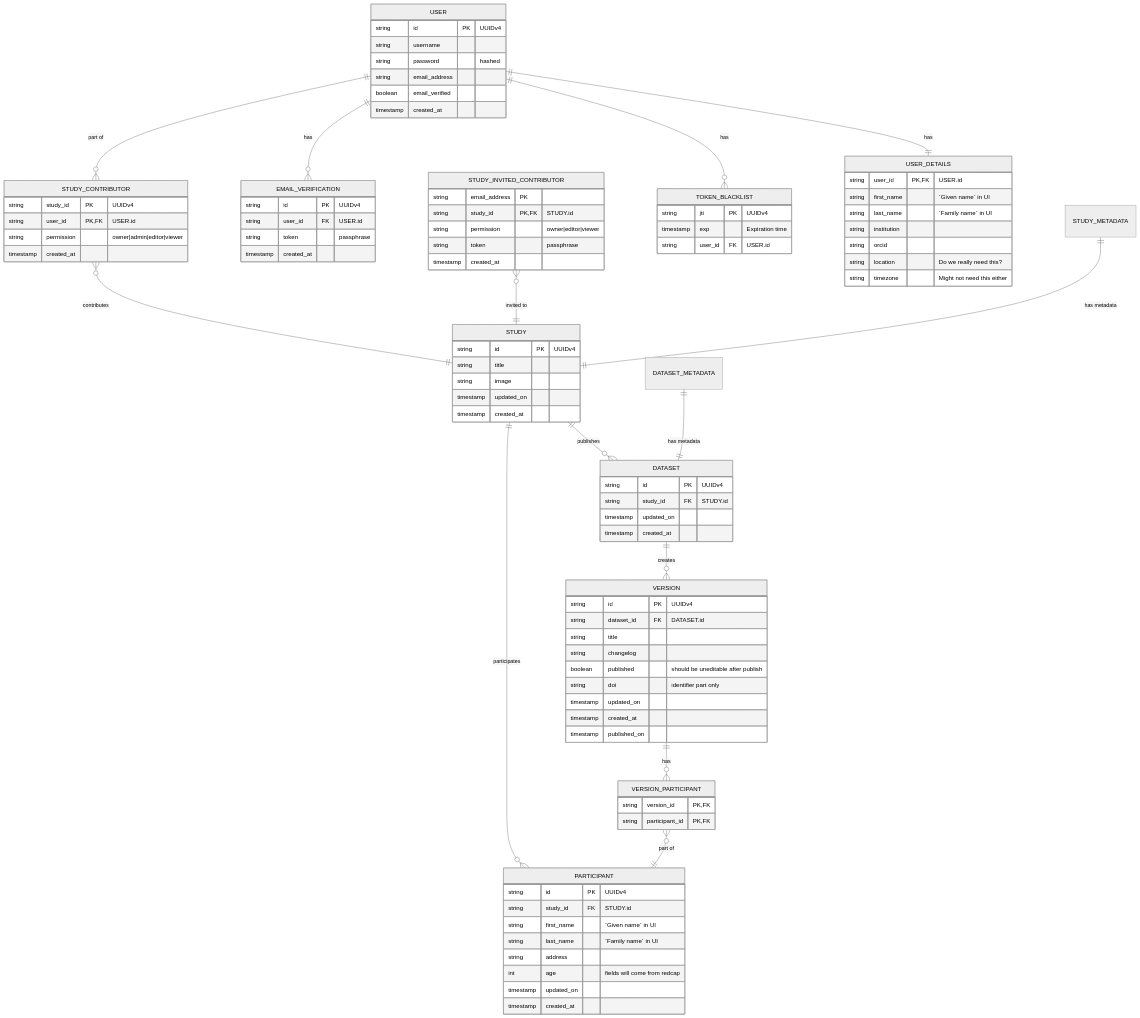
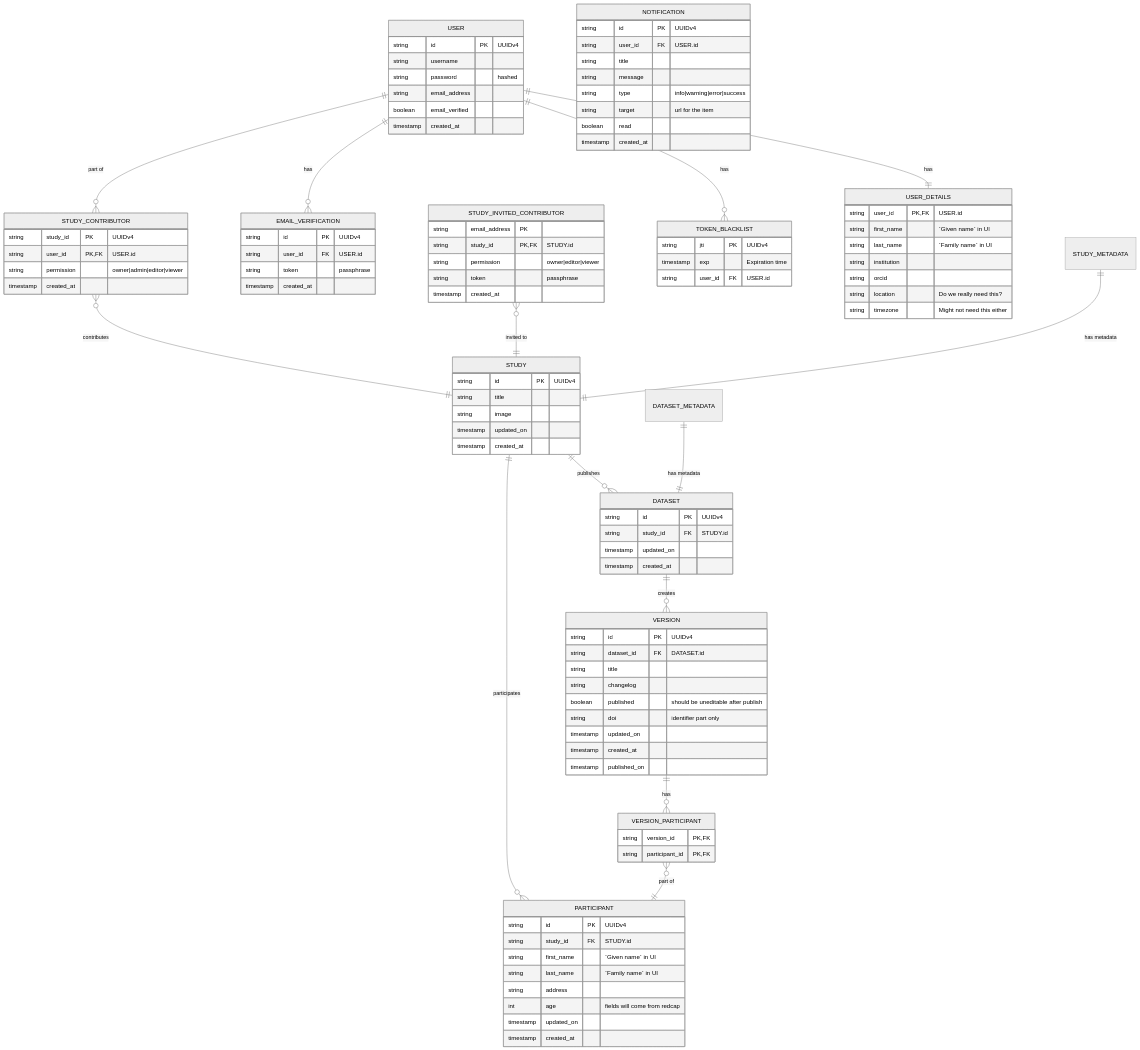
The diagram in mermaid/mmd/er.mmd (AI-READI/fairhub-app), drawn with Mermaid (neutral theme) before and after one commit. The commit also changed 4 other files, not shown here.

```diff
--- a/mermaid/mmd/er.mmd
+++ b/mermaid/mmd/er.mmd
@@ -1,111 +1,122 @@
 erDiagram
     STUDY {
         string id PK "UUIDv4"
         string title
         string image
         timestamp updated_on
         timestamp created_at
     }
 
     USER {
         string id PK "UUIDv4"
         string username
         string password "hashed"
         string email_address
         boolean email_verified 
         timestamp created_at
     }
 
     USER_DETAILS {
         string user_id PK,FK "USER.id"
         string first_name "`Given name` in UI"
         string last_name "`Family name` in UI"
         string institution
         string orcid
         string location "Do we really need this?"
         string timezone "Might not need this either"
+    }
+
+    NOTIFICATION {
+        string id PK "UUIDv4"
+        string user_id FK "USER.id"
+        string title
+        string message
+        string type "info|warning|error|success"
+        string target "url for the item"
+        boolean read
+        timestamp created_at
     }
 
     STUDY_CONTRIBUTOR {
         string study_id PK "UUIDv4"
         string user_id PK,FK "USER.id"
         string permission "owner|admin|editor|viewer"
         timestamp created_at
     }
 
     STUDY_INVITED_CONTRIBUTOR {
         string email_address PK
         string study_id PK,FK "STUDY.id"
         string permission "owner|editor|viewer"
         string token "passphrase"
         timestamp created_at
     }
 
     PARTICIPANT {
         string id PK "UUIDv4"
         string study_id FK "STUDY.id"
         string first_name "`Given name` in UI"
         string last_name "`Family name` in UI"
         string address
         int age "fields will come from redcap"
         timestamp updated_on
         timestamp created_at
     }
 
     DATASET {
         string id PK "UUIDv4"
         string study_id FK "STUDY.id"
         timestamp updated_on
         timestamp created_at
     }
 
     VERSION {
         string id PK "UUIDv4"
         string dataset_id FK "DATASET.id"
         string title
         string changelog
         boolean published "should be uneditable after publish"
         string doi "identifier part only"
         timestamp updated_on
         timestamp created_at
         timestamp published_on
     }
 
      VERSION_PARTICIPANT {
         string version_id PK,FK
         string participant_id PK,FK
     }
 
     TOKEN_BLACKLIST {
         string jti PK "UUIDv4"
         timestamp exp "Expiration time"
         string user_id FK "USER.id"
     }
 
     EMAIL_VERIFICATION {
         string id PK "UUIDv4"
         string user_id FK "USER.id"
         string token "passphrase"
         timestamp created_at
     }
 
 
     STUDY_CONTRIBUTOR }o--|| STUDY : contributes
     STUDY_INVITED_CONTRIBUTOR }o--|| STUDY : "invited to"
     STUDY_METADATA ||--|| STUDY : "has metadata"
 
     STUDY ||--o{ DATASET : publishes
 
     DATASET_METADATA ||--|| DATASET : "has metadata"
 
     DATASET ||--o{ VERSION : creates
 
     USER ||--|| USER_DETAILS : "has"
     USER ||--o{ TOKEN_BLACKLIST : "has"
 
     USER ||--o{ EMAIL_VERIFICATION : "has"
 
     USER ||--o{ STUDY_CONTRIBUTOR : "part of"
     PARTICIPANT }o--|| STUDY : participates
     VERSION ||--o{ VERSION_PARTICIPANT : has
     VERSION_PARTICIPANT }o--|| PARTICIPANT : "part of"
```
